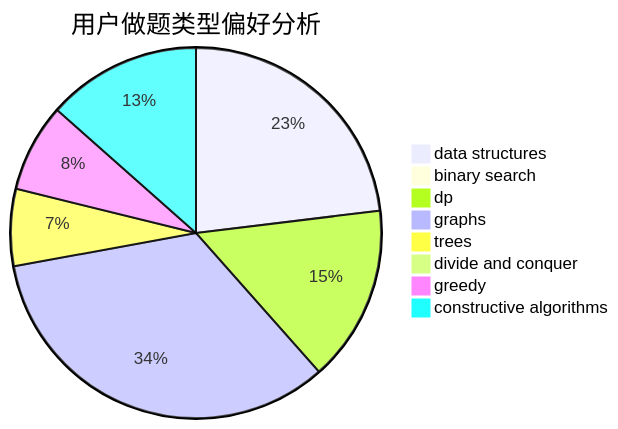
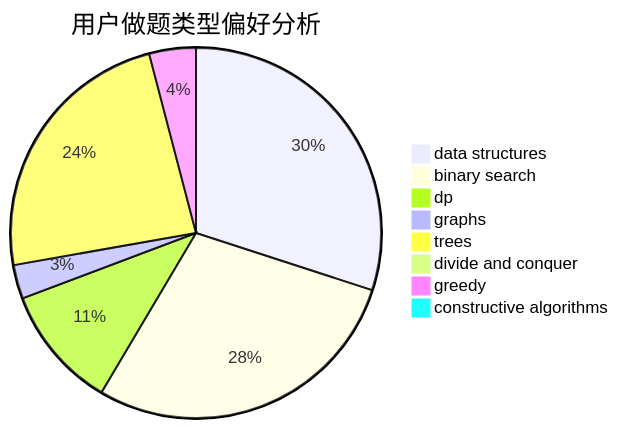
One commit to sherpahu/cfrs.github.io changed the second of 3 diagrams in docs/user/u1641.md. Above: the diagram before and after it, drawn with Mermaid. The commit also changed other lines of this file and 2770 other files, not shown here.

````diff
--- a/docs/user/u1641.md
+++ b/docs/user/u1641.md
@@ -23,11 +23,11 @@
 ```mermaid
 pie title 用户做题类型偏好分析
-    "data structures" :  24
-    "binary search" :  0
-    "dp" :  16
-    "graphs" :  35
-    "trees" :  7
+    "data structures" :  81
+    "binary search" :  77
+    "dp" :  29
+    "graphs" :  8
+    "trees" :  64
     "divide and conquer" :  0
-    "greedy" :  8
-    "constructive algorithms" :  14
+    "greedy" :  11
+    "constructive algorithms" :  2
 ```
````
